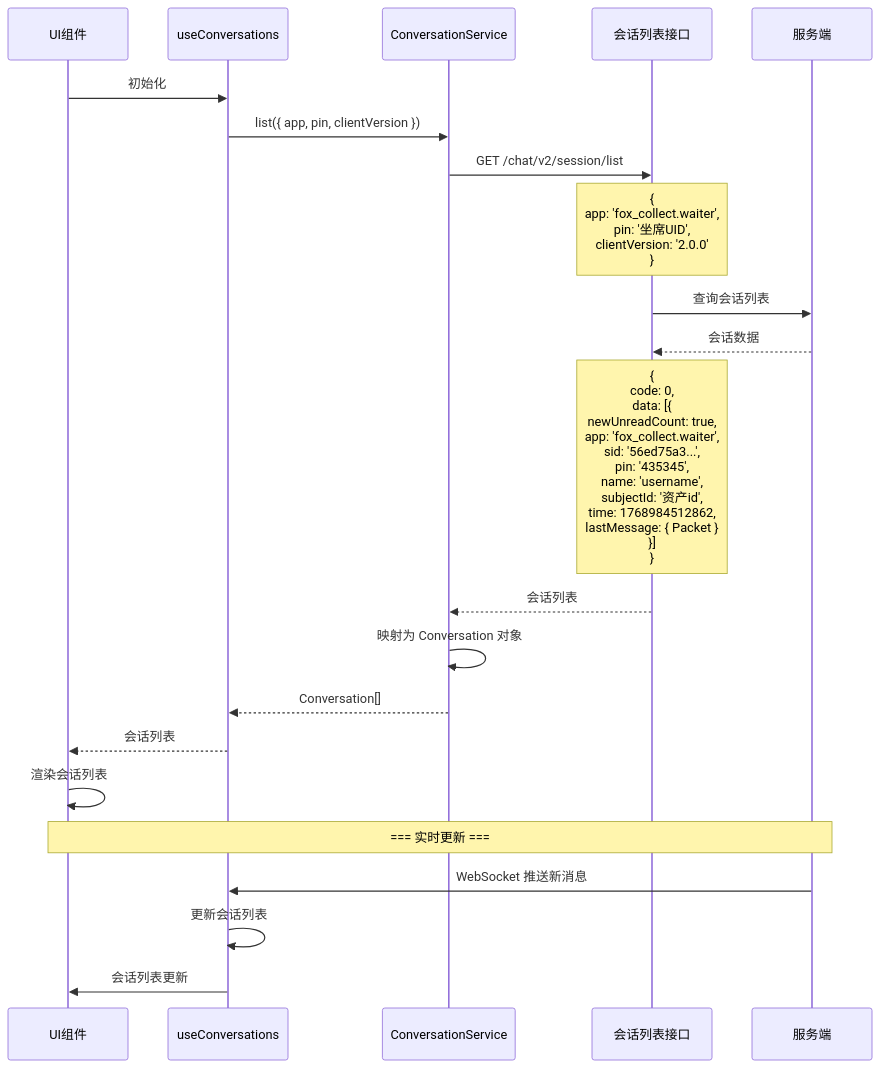
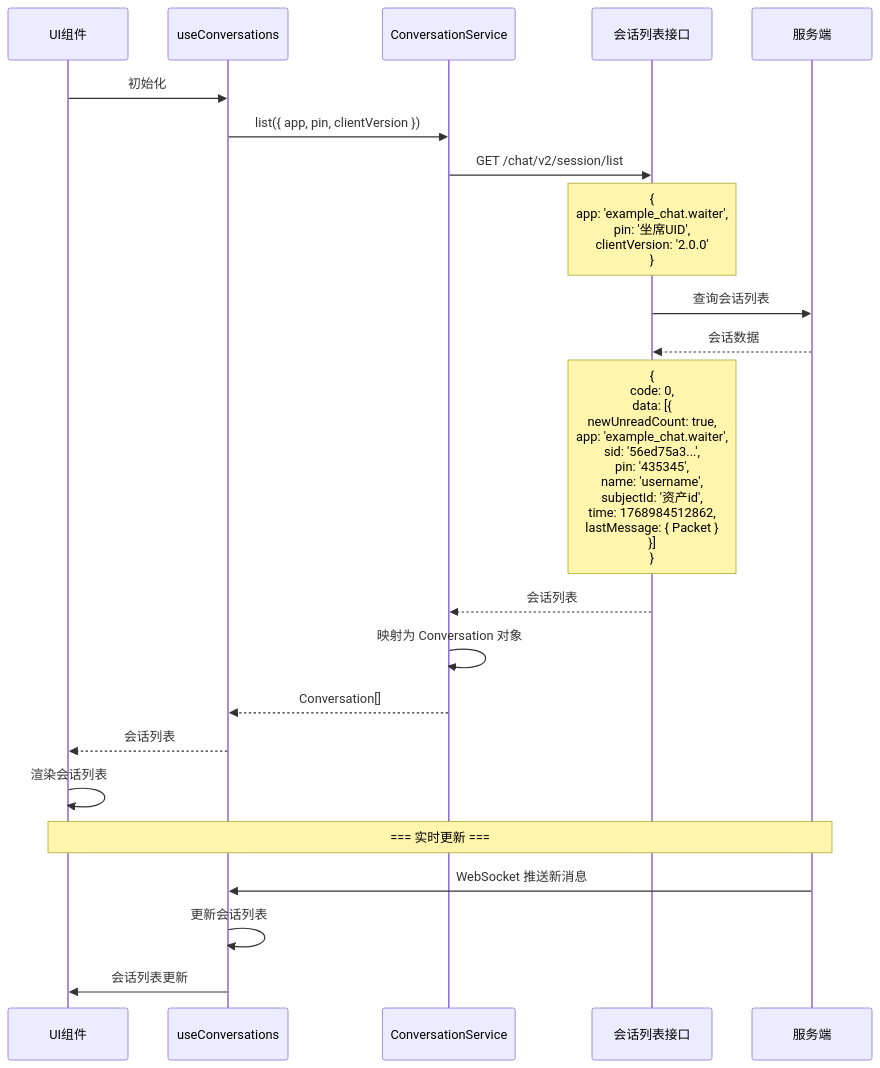
One commit to givingwu/bifrost-chat changed the seventh of 9 diagrams in design/protocol-sequence-diagram.md. Above: the diagram before and after it, drawn with Mermaid. The commit also changed other lines of this file and 53 other files, not shown here.

````diff
--- a/design/protocol-sequence-diagram.md
+++ b/design/protocol-sequence-diagram.md
@@ -377,29 +377,29 @@
 ```mermaid
 sequenceDiagram
     participant UI as UI组件
     participant Hook as useConversations
     participant ConvSvc as ConversationService
     participant API as 会话列表接口
     participant Server as 服务端
 
     UI->>Hook: 初始化
     Hook->>ConvSvc: list({ app, pin, clientVersion })
     ConvSvc->>API: GET /chat/v2/session/list
-    Note over API: {<br/>  app: 'fox_collect.waiter',<br/>  pin: '坐席UID',<br/>  clientVersion: '2.0.0'<br/>}
+    Note over API: {<br/>  app: 'example_chat.waiter',<br/>  pin: '坐席UID',<br/>  clientVersion: '2.0.0'<br/>}
     
     API->>Server: 查询会话列表
     Server-->>API: 会话数据
-    Note over API: {<br/>  code: 0,<br/>  data: [{<br/>    newUnreadCount: true,<br/>    app: 'fox_collect.waiter',<br/>    sid: '56ed75a3...',<br/>    pin: '435345',<br/>    name: 'username',<br/>    subjectId: '资产id',<br/>    time: 1768984512862,<br/>    lastMessage: { Packet }<br/>  }]<br/>}
+    Note over API: {<br/>  code: 0,<br/>  data: [{<br/>    newUnreadCount: true,<br/>    app: 'example_chat.waiter',<br/>    sid: '56ed75a3...',<br/>    pin: '435345',<br/>    name: 'username',<br/>    subjectId: '资产id',<br/>    time: 1768984512862,<br/>    lastMessage: { Packet }<br/>  }]<br/>}
     
     API-->>ConvSvc: 会话列表
     ConvSvc->>ConvSvc: 映射为 Conversation 对象
     ConvSvc-->>Hook: Conversation[]
     Hook-->>UI: 会话列表
     UI->>UI: 渲染会话列表
 
     Note over UI,Server: === 实时更新 ===
 
     Server->>Hook: WebSocket 推送新消息
     Hook->>Hook: 更新会话列表
     Hook->>UI: 会话列表更新
 ```
````
